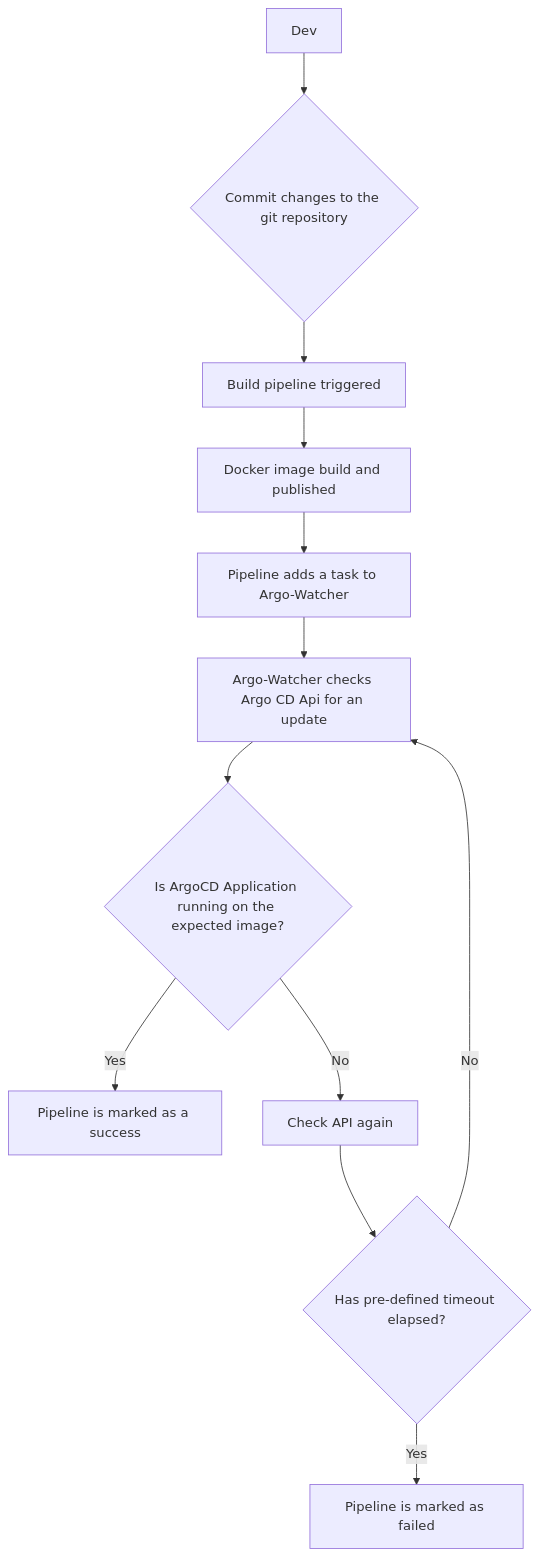
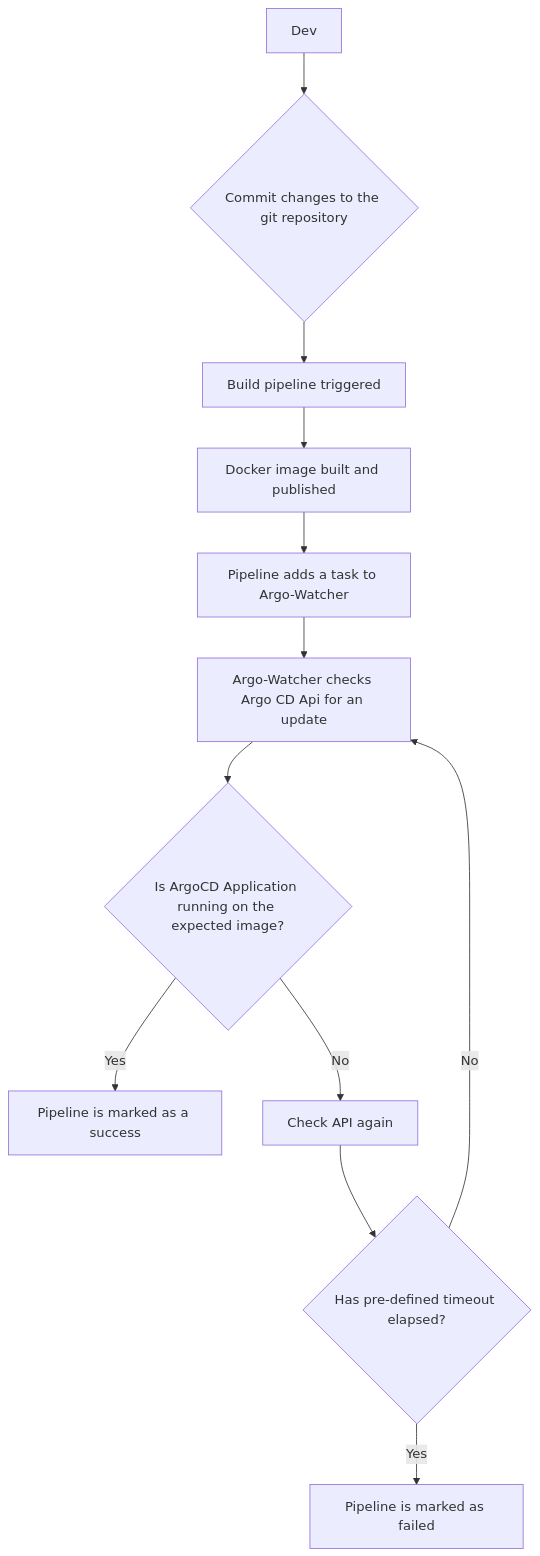
The diagram in README.md (shini4i/argo-watcher), drawn with Mermaid before and after one commit.

Commit message:
typo fix

````diff
--- a/README.md
+++ b/README.md
@@ -43,14 +43,14 @@
 ```mermaid
 graph TD
     Dev[Dev] --> Commit{Commit changes to the git repository}
     Commit --> Pipeline[Build pipeline triggered]
-    Pipeline --> Docker[Docker image build and published]
+    Pipeline --> Docker[Docker image built and published]
     Docker --> Task[Pipeline adds a task to Argo-Watcher]
     Task --> Check[Argo-Watcher checks Argo CD Api for an update]
     Check --> Decision{Is ArgoCD Application running on the expected image?}
     Decision -->|Yes| Success[Pipeline is marked as a success]
     Decision -->|No| Retry[Check API again]
     Retry --> TimeoutDecision{Has pre-defined timeout elapsed?}
     TimeoutDecision -->|Yes| Failed[Pipeline is marked as failed]
     TimeoutDecision -->|No| Check
 ```
````
